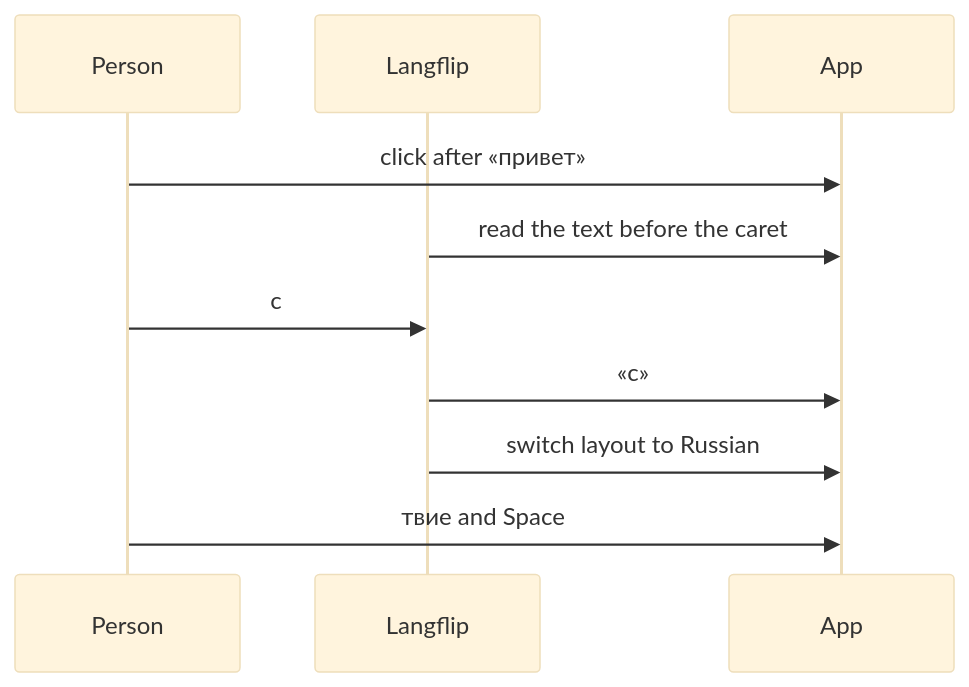
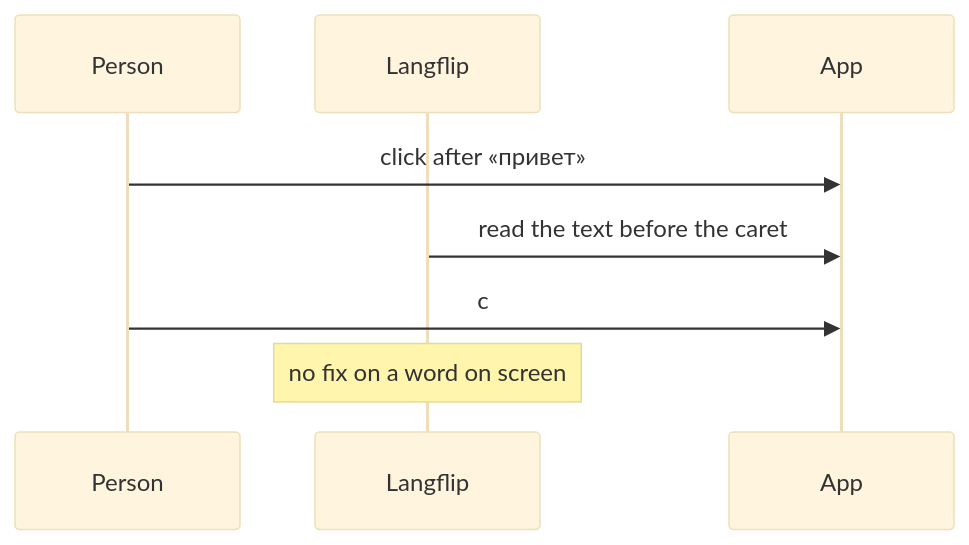
The sixth of 12 diagrams in docs/user-flows.md (workbench-soft/langflip), drawn with Mermaid (base theme) before and after one commit. The commit also changed other lines of this file and 11 other files, not shown here.

````diff
--- a/docs/user-flows.md
+++ b/docs/user-flows.md
@@ -90,12 +89,10 @@
 ```mermaid
 sequenceDiagram
     participant P as Person
     participant L as Langflip
     participant A as App
     P->>A: click after «привет»
     L->>A: read the text before the caret
-    P->>L: c
-    L->>A: «с»
-    L->>A: switch layout to Russian
-    P->>A: твие and Space
+    P->>A: c
+    Note over L: no fix on a word on screen
 ```
````
